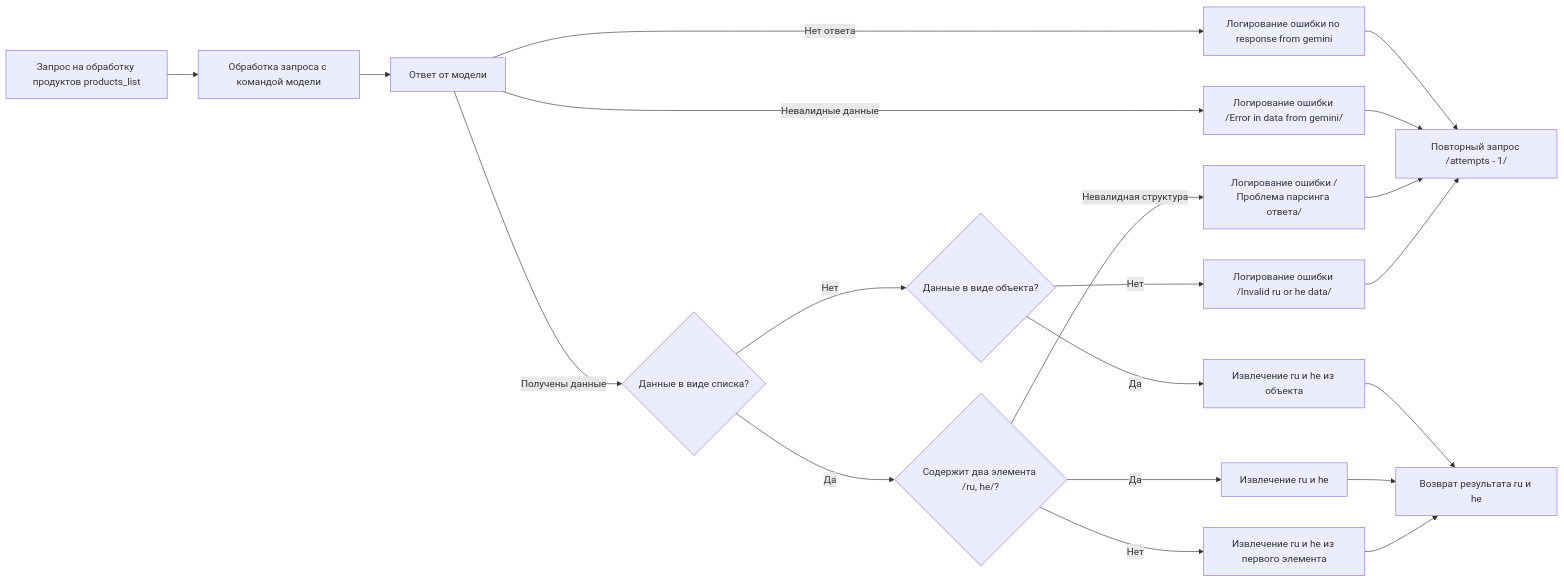
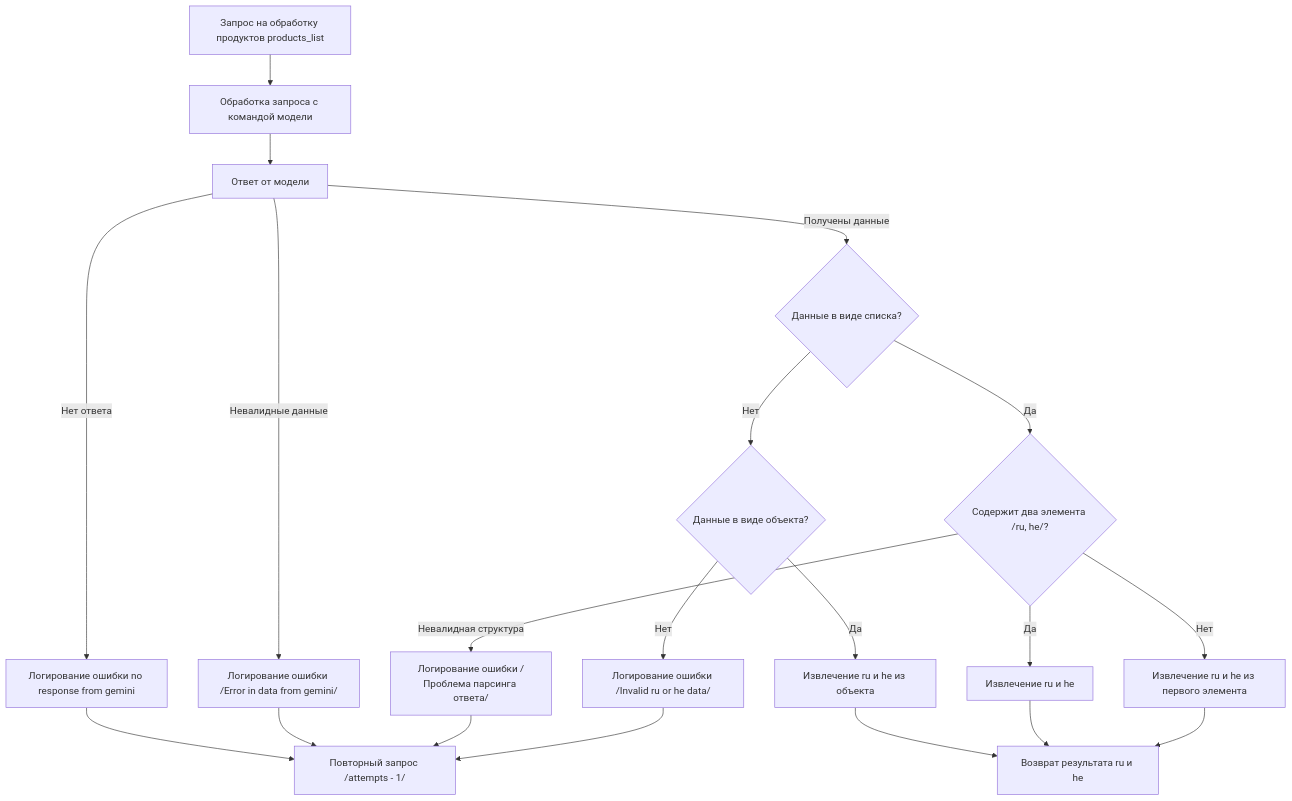
One commit to hypo69/hypo changed the diagram in src/endpoints/kazarinov/scenarios/README.MD. Above: the diagram before and after it, drawn with Mermaid. The commit also changed 3 other files, not shown here.

````diff
--- a/src/endpoints/kazarinov/scenarios/README.MD
+++ b/src/endpoints/kazarinov/scenarios/README.MD
@@ -1,33 +1,33 @@
 ```mermaid
-flowchart LR
+flowchart TD
     A[Запрос на обработку продуктов products_list] --> B[Обработка запроса с командой модели]
     B --> C[Ответ от модели]
     
     %% Проверка на отсутствие ответа
     C -->|Нет ответа| D[Логирование ошибки no response from gemini]
     D --> E[Повторный запрос /attempts - 1/]
 
     %% Проверка на валидность данных
     C -->|Невалидные данные| F[Логирование ошибки /Error in data from gemini/]
     F --> E
 
     %% Проверка на полученные данные
     C -->|Получены данные| G{Данные в виде списка?}
     G -->|Да| H{Содержит два элемента /ru, he/?}
     H -->|Да| I[Извлечение ru и he]
     H -->|Нет| J[Извлечение ru и he из первого элемента]
     H -->|Невалидная структура| K[Логирование ошибки /Проблема парсинга ответа/]
     K --> E
 
     G -->|Нет| L{Данные в виде объекта?}
     L -->|Да| M[Извлечение ru и he из объекта]
     L -->|Нет| N[Логирование ошибки /Invalid ru or he data/]
     N --> E
 
     %% Возврат результата
     M --> O[Возврат результата ru и he]
     I --> O
     J --> O
 
 
 ```
````
